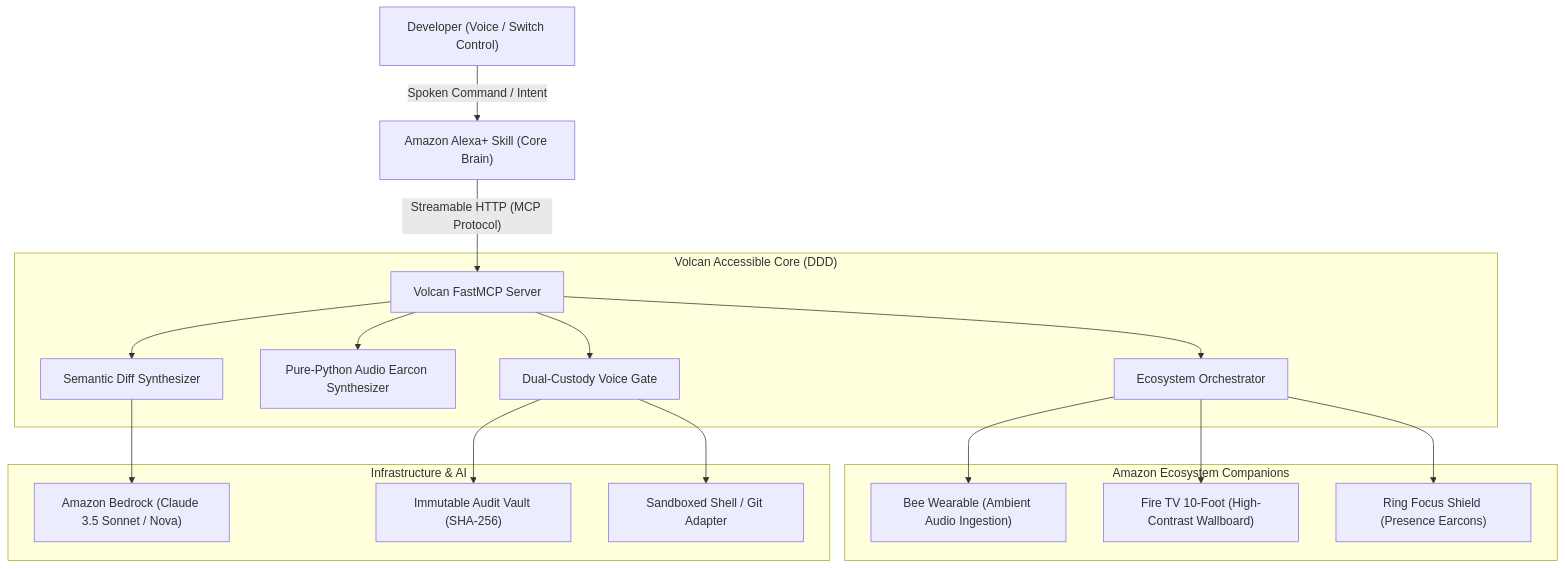
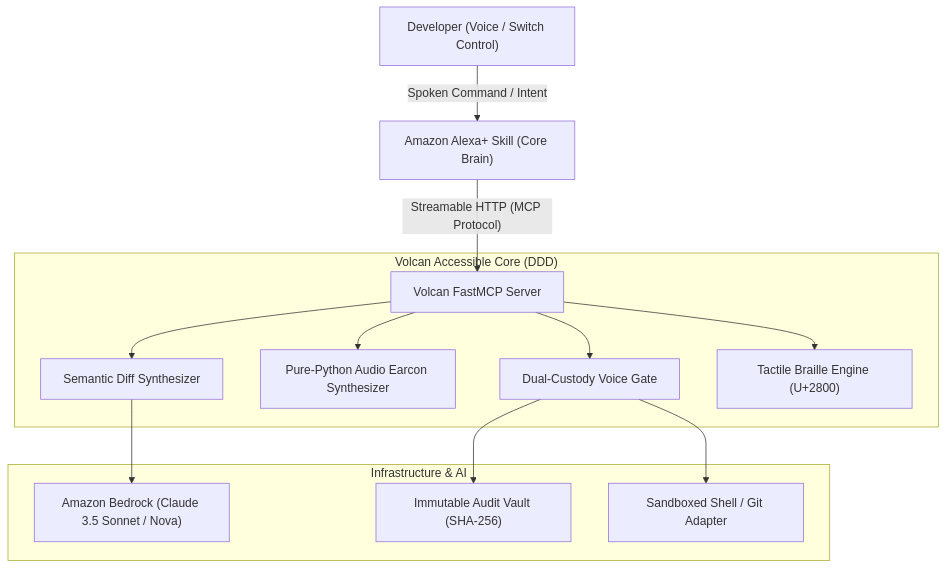
The first of 2 diagrams in README.md (upgradedev/volcan_amazon), drawn with Mermaid before and after one commit. The commit also changed other lines of this file and 2 other files, not shown here.

Commit message:
feat(alexa): lock scope to accessibility and declare simulated experience exemption

````diff
--- a/README.md
+++ b/README.md
@@ -54,24 +54,18 @@
 ```mermaid
 graph TD
     User["Developer (Voice / Switch Control)"] -->|"Spoken Command / Intent"| Alexa["Amazon Alexa+ Skill (Core Brain)"]
     Alexa -->|"Streamable HTTP (MCP Protocol)"| VolcanMCP["Volcan FastMCP Server"]
     
     subgraph "Volcan Accessible Core (DDD)"
         VolcanMCP --> DiffEngine["Semantic Diff Synthesizer"]
         VolcanMCP --> Sonification["Pure-Python Audio Earcon Synthesizer"]
         VolcanMCP --> Governance["Dual-Custody Voice Gate"]
-        VolcanMCP --> Ecosystem["Ecosystem Orchestrator"]
-    end
-
-    subgraph "Amazon Ecosystem Companions"
-        Ecosystem --> Bee["Bee Wearable (Ambient Audio Ingestion)"]
-        Ecosystem --> FireTV["Fire TV 10-Foot (High-Contrast Wallboard)"]
-        Ecosystem --> Ring["Ring Focus Shield (Presence Earcons)"]
+        VolcanMCP --> BrailleEngine["Tactile Braille Engine (U+2800)"]
     end
     
     subgraph "Infrastructure & AI"
         DiffEngine --> Bedrock["Amazon Bedrock (Claude 3.5 Sonnet / Nova)"]
         Governance --> AuditVault["Immutable Audit Vault (SHA-256)"]
         Governance --> Shell["Sandboxed Shell / Git Adapter"]
     end
 ```
````
